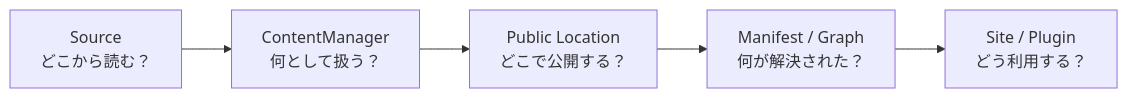
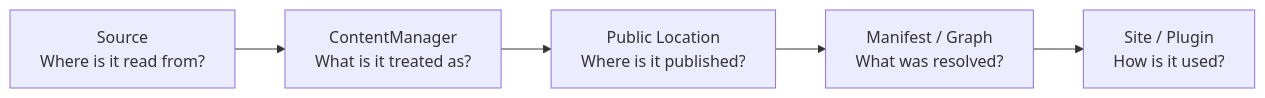
Before and after one commit to Rerurate514/riebeckite: diagram 13 of 13 in docs/docs/framework/content-system.md, drawn with Mermaid. The commit also changed other lines of this file and 604 other files, not shown here.

````diff
--- a/docs/docs/framework/content-system.md
+++ b/docs/docs/framework/content-system.md
@@ -524,13 +479,13 @@
-```mermaid id="gjgygr"
+```mermaid
 flowchart LR
-    Source["Source<br/>どこから読む？"]
-    Content["ContentManager<br/>何として扱う？"]
-    Public["Public Location<br/>どこで公開する？"]
-    Index["Manifest / Graph<br/>何が解決された？"]
-    Consumer["Site / Plugin<br/>どう利用する？"]
+    Source["Source<br/>Where is it read from?"]
+    Content["ContentManager<br/>What is it treated as?"]
+    Public["Public Location<br/>Where is it published?"]
+    Index["Manifest / Graph<br/>What was resolved?"]
+    Consumer["Site / Plugin<br/>How is it used?"]
 
     Source --> Content
     Content --> Public
     Public --> Index
     Index --> Consumer
 ```
````
